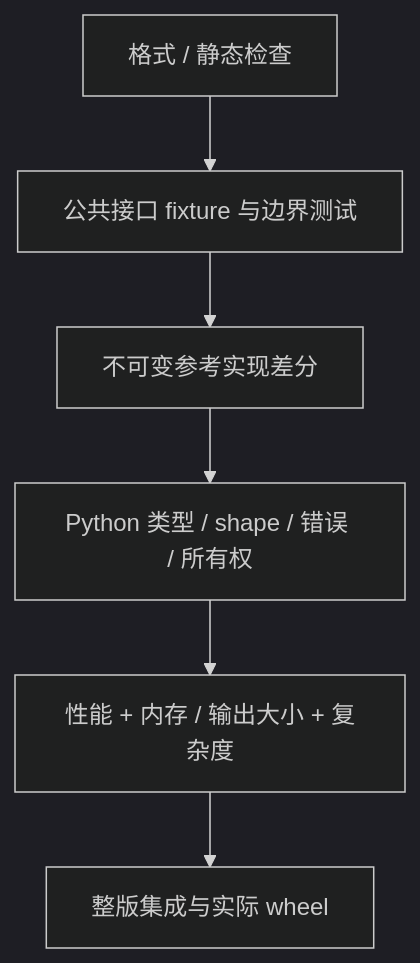
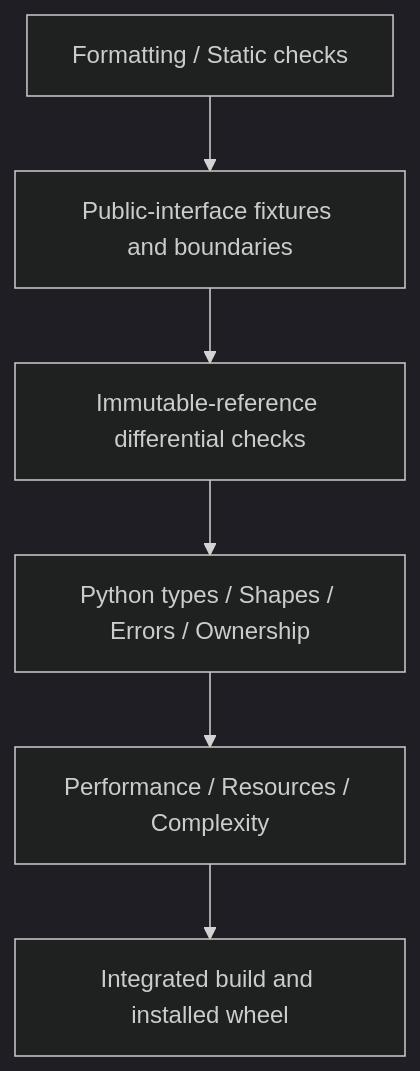
Before and after one commit to XieWeikai/mcap-ops: the diagram in RSI/correctness.md, drawn with Mermaid (dark theme). The commit also changed other lines of this file and 71 other files, not shown here.

````diff
--- a/RSI/correctness.md
+++ b/RSI/correctness.md
@@ -7,8 +9,8 @@
 ```mermaid
 flowchart TB
-    A["格式 / 静态检查"] --> B["公共接口 fixture 与边界测试"]
-    B --> C["不可变参考实现差分"]
-    C --> D["Python 类型 / shape / 错误 / 所有权"]
-    D --> E["性能 + 内存 / 输出大小 + 复杂度"]
-    E --> F["整版集成与实际 wheel"]
+    A["Formatting / Static checks"] --> B["Public-interface fixtures and boundaries"]
+    B --> C["Immutable-reference differential checks"]
+    C --> D["Python types / Shapes / Errors / Ownership"]
+    D --> E["Performance / Resources / Complexity"]
+    E --> F["Integrated build and installed wheel"]
 ```
````
